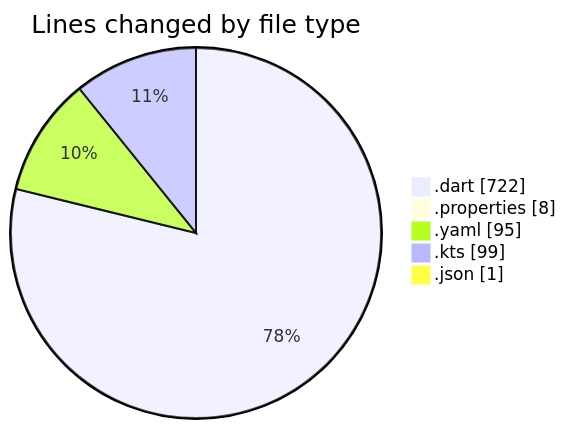
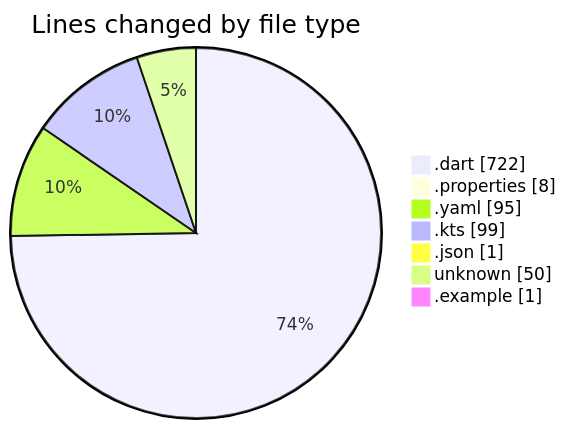
Before and after one commit to donsfak/code-tracking: the first of 2 diagrams in 2025-10-31/weather_insights_app/README.md, drawn with Mermaid. The commit also changed other lines of this file and 1 other file, not shown here.

````diff
--- a/2025-10-31/weather_insights_app/README.md
+++ b/2025-10-31/weather_insights_app/README.md
@@ -29,9 +31,11 @@
 ```mermaid
 pie showData
 title Lines changed by file type
 ".dart" : 722
 ".properties" : 8
 ".yaml" : 95
 ".kts" : 99
 ".json" : 1
+"unknown" : 50
+".example" : 1
 ```
````
